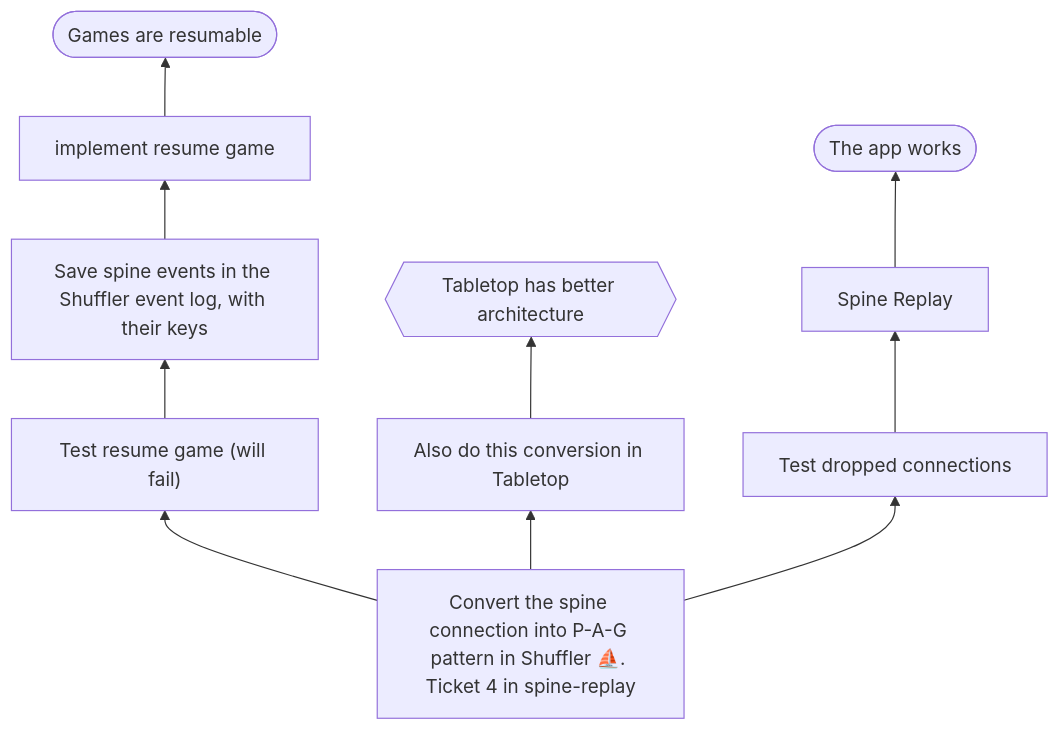
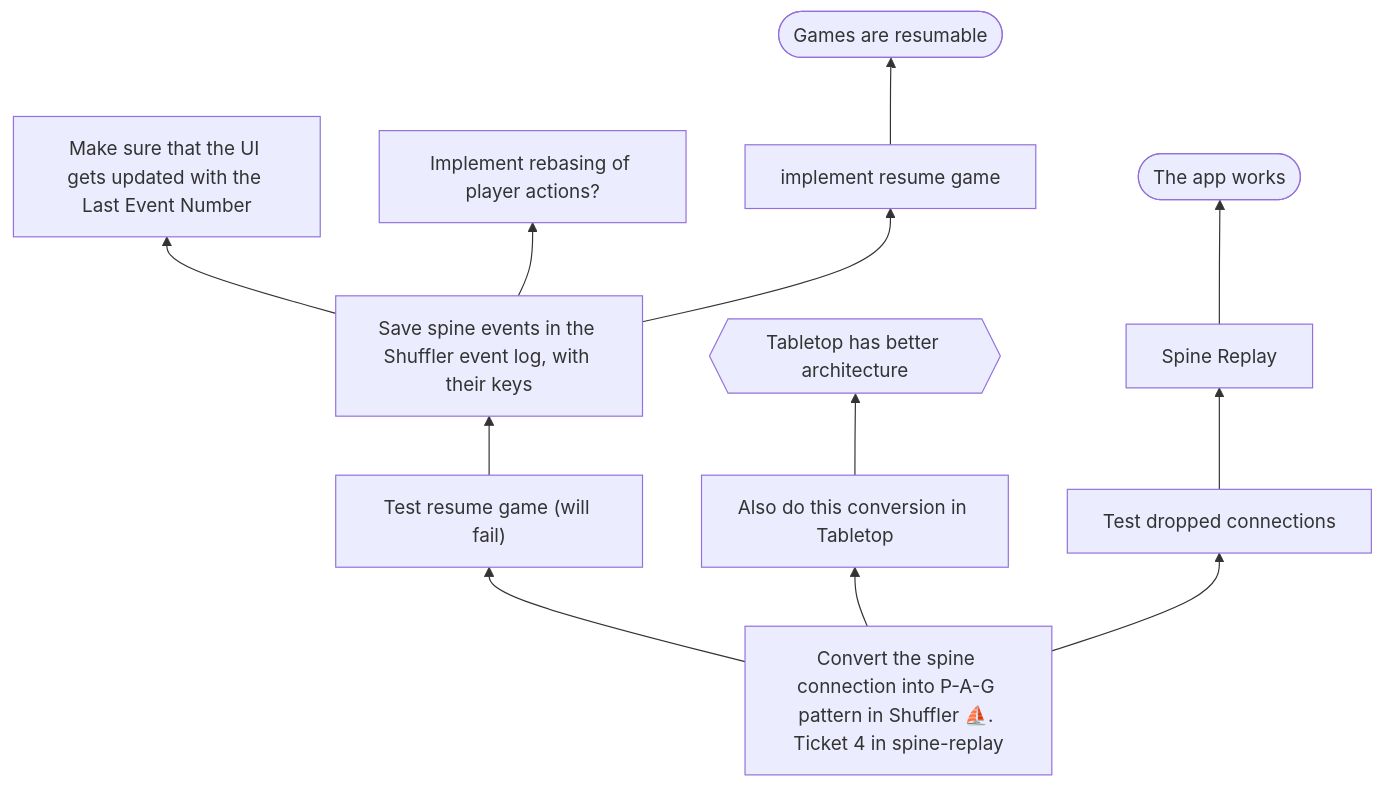
Before and after one commit to jessitron/mtg-deck-shuffler: the diagram in .scratch/spine-event-replay/issues/map.mmd, drawn with Mermaid. The commit also changed 1 other file, not shown here.

```diff
--- a/.scratch/spine-event-replay/issues/map.mmd
+++ b/.scratch/spine-event-replay/issues/map.mmd
@@ -1,11 +1,13 @@
 
 flowchart BT
    A[Convert the spine connection into P-A-G pattern in Shuffler ⛵️. Ticket 4 in spine-replay] --> B[Test dropped connections]
    A --> C["Test resume game (will fail)"]
    C --> D[Save spine events in the Shuffler event log, with their keys]
+   D --> L[Make sure that the UI gets updated with the Last Event Number]
+   D --> K[Implement rebasing of player actions?]
    A --> E[Also do this conversion in Tabletop]
    E --> F{{Tabletop has better architecture}}
    D --> I[implement resume game]
    I --> G([Games are resumable])
    B --> J[Spine Replay]
    J --> H([The app works])
```
